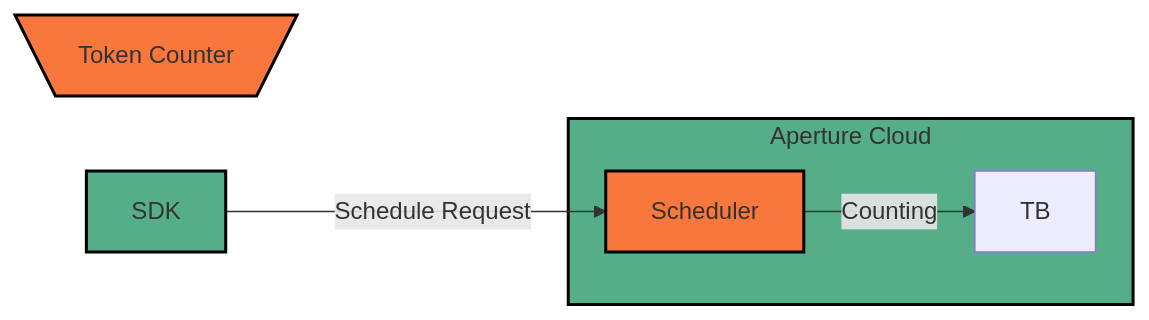
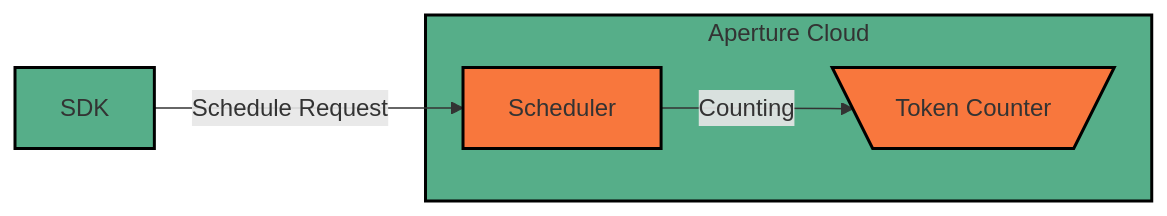
The diagram in docs/content/guides/assets/concurrency-scheduling/concurrency-scheduling.mmd (fluxninja/aperture), drawn with Mermaid before and after one commit. The commit also changed 6 other files, not shown here.

```diff
--- a/docs/content/guides/assets/concurrency-scheduling/concurrency-scheduling.mmd
+++ b/docs/content/guides/assets/concurrency-scheduling/concurrency-scheduling.mmd
@@ -1,21 +1,21 @@
 flowchart LR
 classDef Orange fill:#F8773D,stroke:#000000,stroke-width:2px;
 classDef Green fill:#56AE89,stroke:#000000,stroke-width:2px;
 classDef Red fill:#F13C15,stroke:#000000,stroke-width:1px;
 classDef Pink fill:#ffb6c1,stroke:#000000,stroke-width:1px;
 
 TC[\Token Counter/]
 class TC Orange
 
 Scheduler
 class Scheduler Orange
 
 SDK
 class SDK Green
 
 subgraph Aperture_Cloud ["Aperture Cloud"]
-    Scheduler -- "Counting" --> TB
+    Scheduler -- "Counting" --> TC
 end
 class Aperture_Cloud Green
 
 SDK -- "Schedule Request" --> Scheduler
```
